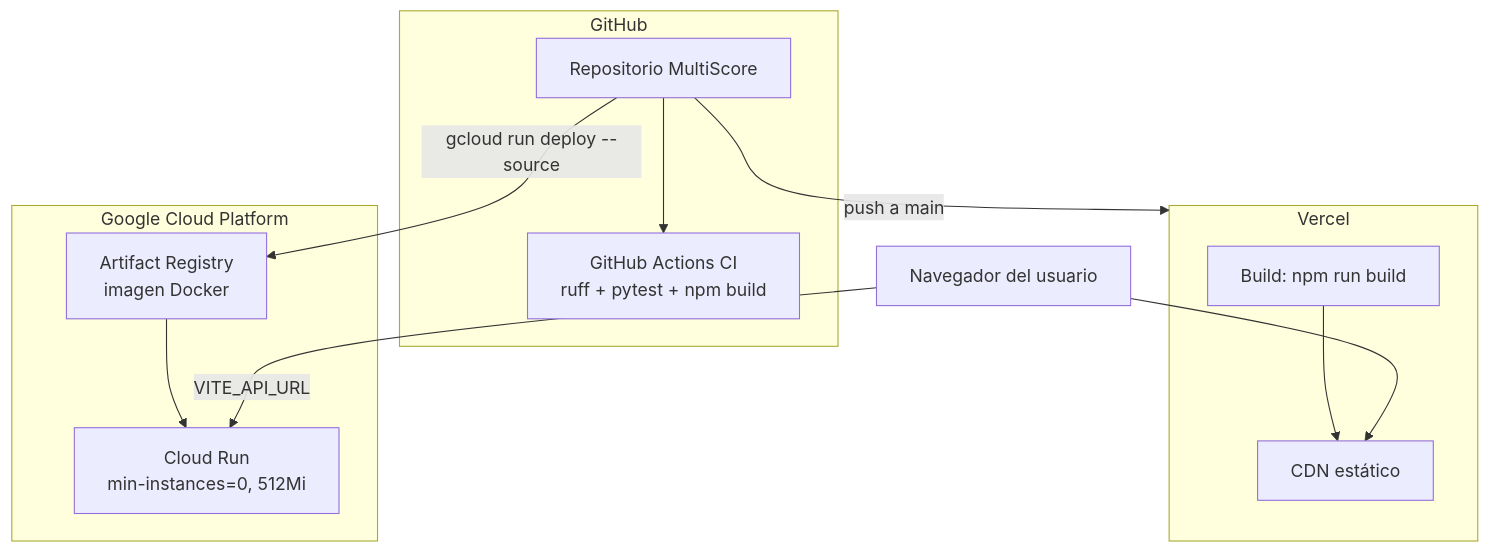
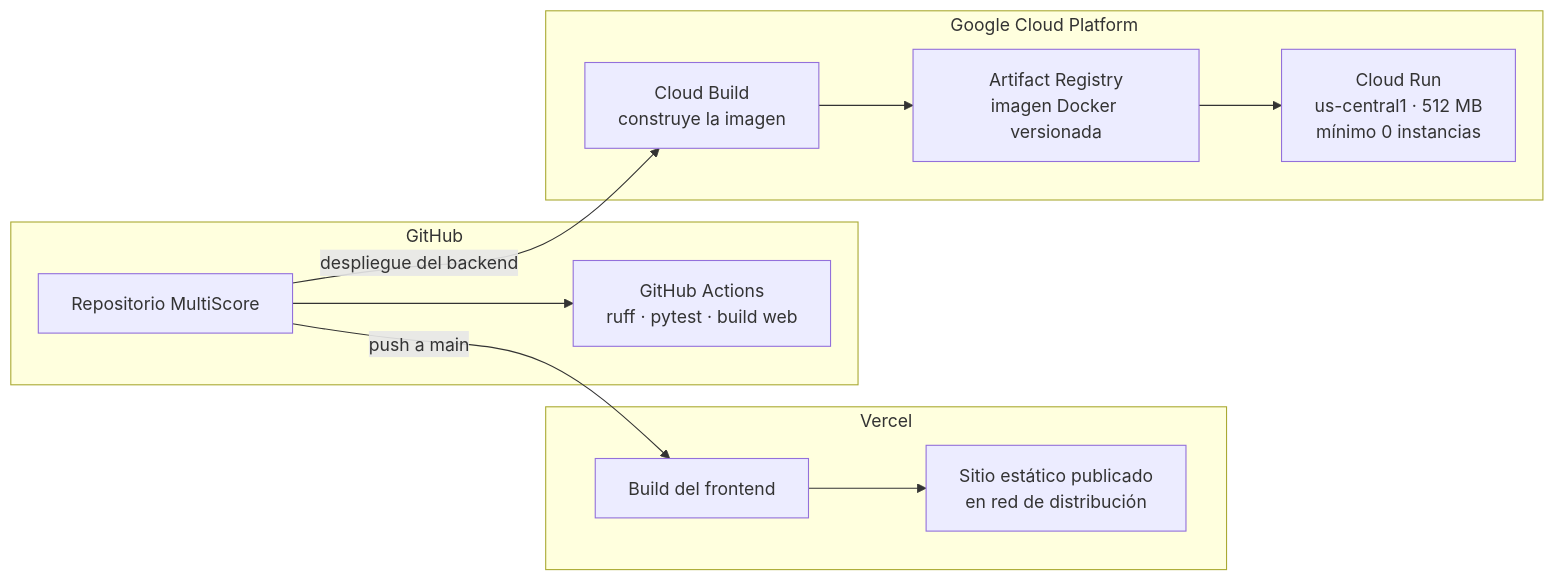
The diagram in docs/diagrams/deployment.mmd (miguel-acha/MultiScore), drawn with Mermaid before and after one commit. The commit also changed 9 other files, not shown here.

First line of the commit message:
Update architecture diagrams for the report's Arquitectura y Diseño section

```diff
--- a/docs/diagrams/deployment.mmd
+++ b/docs/diagrams/deployment.mmd
@@ -1,25 +1,23 @@
-%% Diagrama de despliegue
-flowchart TB
-    subgraph GitHub
-        REPO[Repositorio MultiScore]
-        CI[GitHub Actions CI\nruff + pytest + npm build]
+%% Figura 5. Cadena de construcción y despliegue
+flowchart LR
+    subgraph GitHub["GitHub"]
+        REPO["Repositorio MultiScore"]
+        CI["GitHub Actions<br/>ruff · pytest · build web"]
         REPO --> CI
     end
 
-    subgraph Vercel
-        BUILD_WEB[Build: npm run build]
-        CDN[CDN estático]
+    subgraph VercelBlock["Vercel"]
+        BUILD_WEB["Build del frontend"]
+        CDN["Sitio estático publicado<br/>en red de distribución"]
         BUILD_WEB --> CDN
     end
 
     subgraph GCP["Google Cloud Platform"]
-        AR[Artifact Registry\nimagen Docker]
-        RUN["Cloud Run\nmin-instances=0, 512Mi"]
-        AR --> RUN
+        CB["Cloud Build<br/>construye la imagen"]
+        AR["Artifact Registry<br/>imagen Docker versionada"]
+        RUN["Cloud Run<br/>us-central1 · 512 MB<br/>mínimo 0 instancias"]
+        CB --> AR --> RUN
     end
 
-    REPO -- "push a main" --> Vercel
-    REPO -- "gcloud run deploy --source" --> AR
-
-    NAVEGADOR[Navegador del usuario] --> CDN
-    NAVEGADOR -- "VITE_API_URL" --> RUN
+    REPO -- "push a main" --> BUILD_WEB
+    REPO -- "despliegue del backend" --> CB
```
